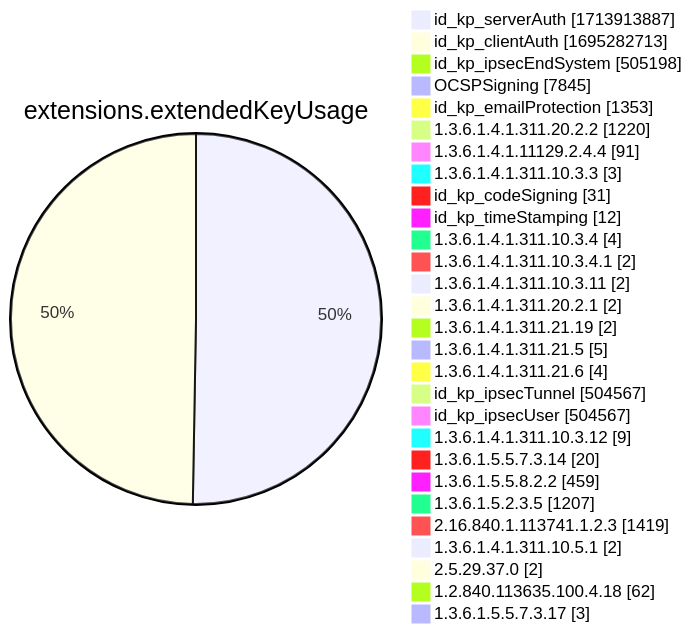
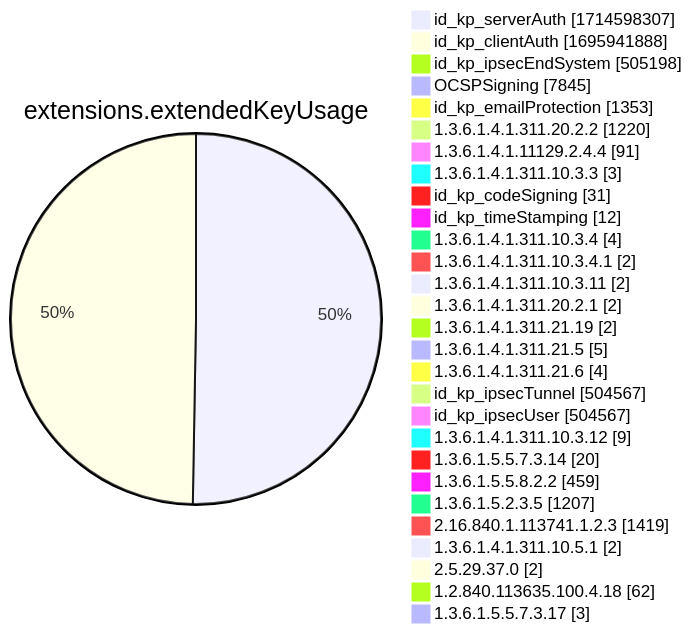
Before and after one commit to christiankrug/ctmonitor_visualization: diagram 12 of 15 in xenon2022/README.md, drawn with Mermaid. The commit also changed other lines of this file, not shown here.

````diff
--- a/xenon2022/README.md
+++ b/xenon2022/README.md
@@ -3888,32 +3888,32 @@
 ```mermaid
 pie showData
 title extensions.extendedKeyUsage
-"id_kp_serverAuth" :1713913887
-"id_kp_clientAuth" :1695282713
+"id_kp_serverAuth" :1714598307
+"id_kp_clientAuth" :1695941888
 "id_kp_ipsecEndSystem" :505198
 "OCSPSigning" :7845
 "id_kp_emailProtection" :1353
 "1.3.6.1.4.1.311.20.2.2" :1220
 "1.3.6.1.4.1.11129.2.4.4" :91
 "1.3.6.1.4.1.311.10.3.3" :3
 "id_kp_codeSigning" :31
 "id_kp_timeStamping" :12
 "1.3.6.1.4.1.311.10.3.4" :4
 "1.3.6.1.4.1.311.10.3.4.1" :2
 "1.3.6.1.4.1.311.10.3.11" :2
 "1.3.6.1.4.1.311.20.2.1" :2
 "1.3.6.1.4.1.311.21.19" :2
 "1.3.6.1.4.1.311.21.5" :5
 "1.3.6.1.4.1.311.21.6" :4
 "id_kp_ipsecTunnel" :504567
 "id_kp_ipsecUser" :504567
 "1.3.6.1.4.1.311.10.3.12" :9
 "1.3.6.1.5.5.7.3.14" :20
 "1.3.6.1.5.5.8.2.2" :459
 "1.3.6.1.5.2.3.5" :1207
 "2.16.840.1.113741.1.2.3" :1419
 "1.3.6.1.4.1.311.10.5.1" :2
 "2.5.29.37.0" :2
 "1.2.840.113635.100.4.18" :62
 "1.3.6.1.5.5.7.3.17" :3
 ```
````
